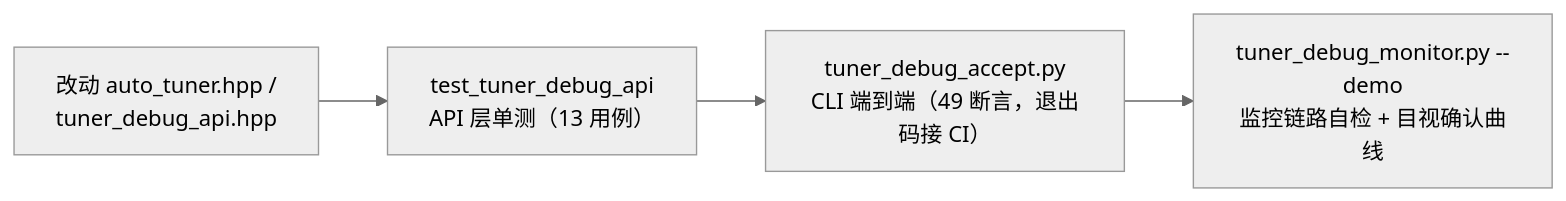
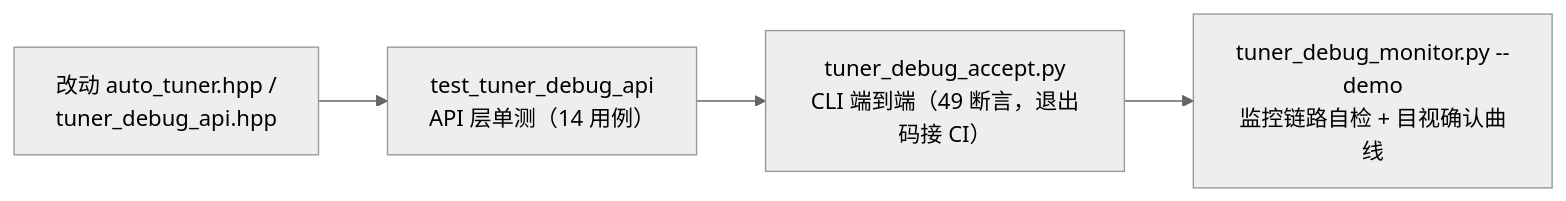
Diagram 23 of 24 in control/控制算法开发文档.md (jimaka/auto_rudder), drawn with Mermaid (neutral theme) before and after one commit. The commit also changed other lines of this file and 24 other files, not shown here.

````diff
--- a/control/控制算法开发文档.md
+++ b/control/控制算法开发文档.md
@@ -1478,6 +1485,6 @@
 ```mermaid
 graph LR
-    EDIT["改动 auto_tuner.hpp /<br/>tuner_debug_api.hpp"] --> UT["test_tuner_debug_api<br/>API 层单测（13 用例）"]
+    EDIT["改动 auto_tuner.hpp /<br/>tuner_debug_api.hpp"] --> UT["test_tuner_debug_api<br/>API 层单测（14 用例）"]
     UT --> E2E["tuner_debug_accept.py<br/>CLI 端到端（49 断言，退出码接 CI）"]
     E2E --> MON["tuner_debug_monitor.py --demo<br/>监控链路自检 + 目视确认曲线"]
 ```
````
